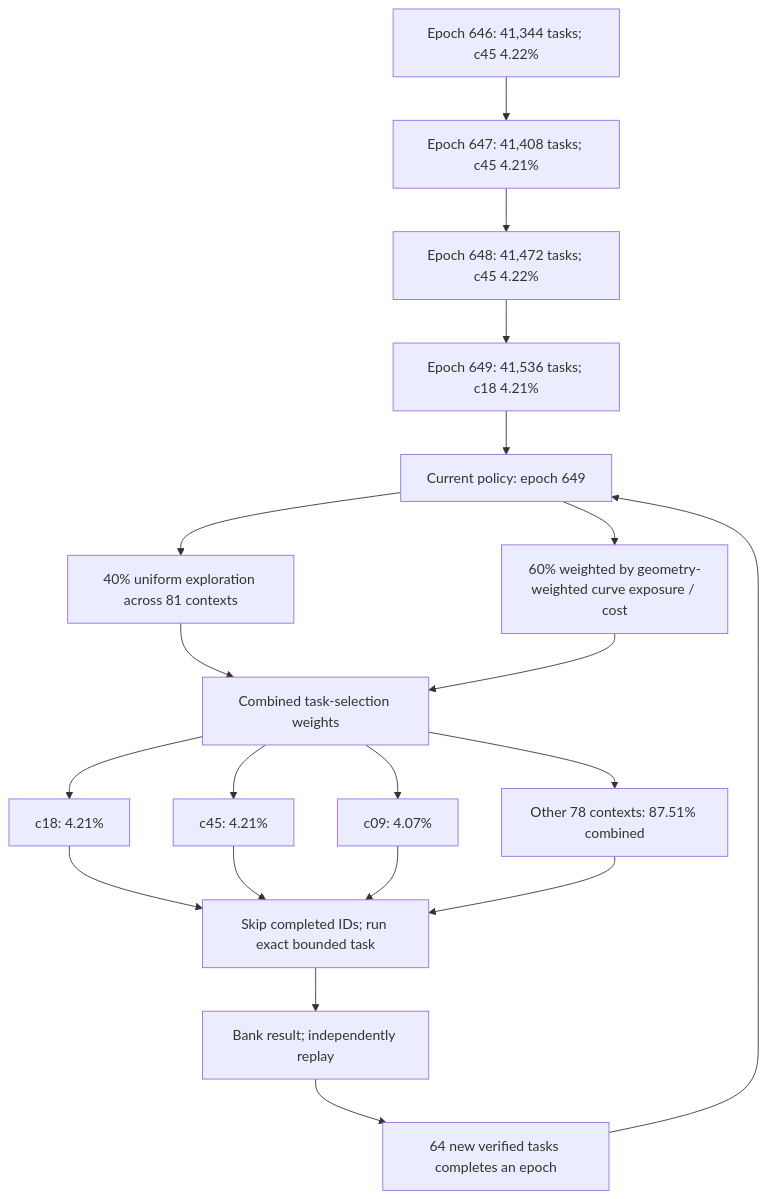
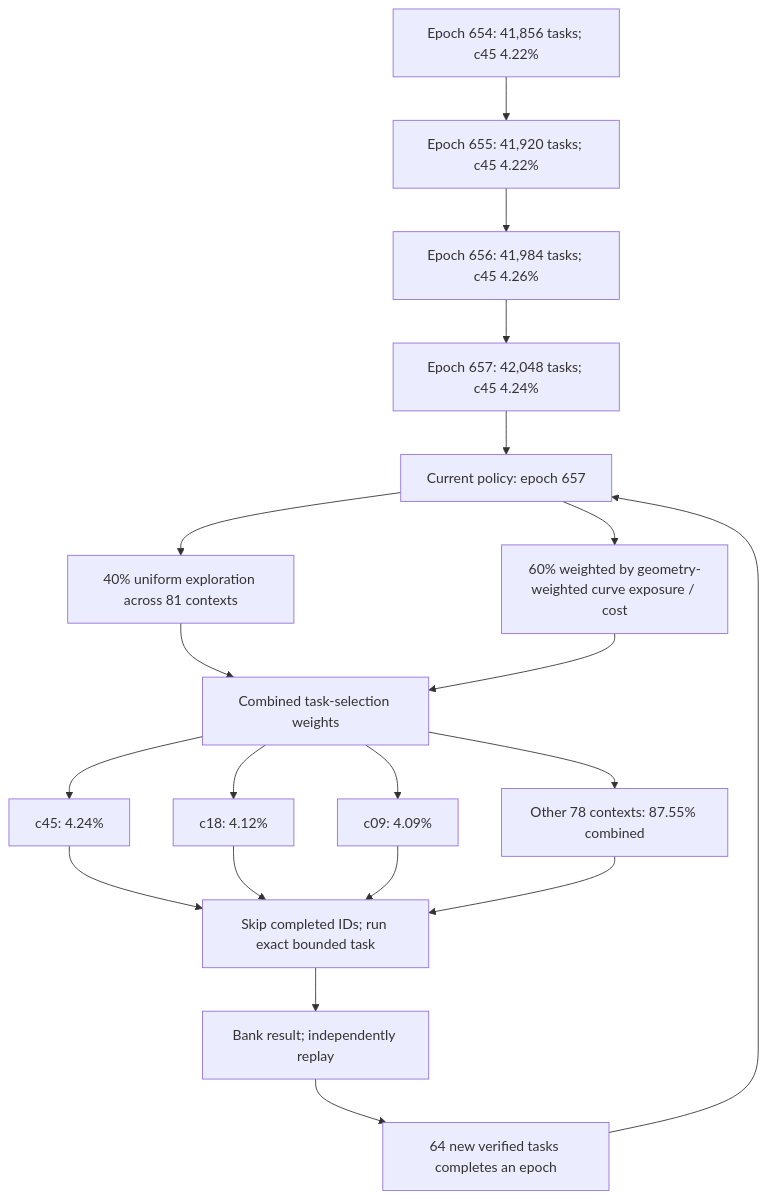
The first of 3 diagrams in README.md (Kuberwastaken/math-gambling), drawn with Mermaid before and after one commit. The commit also changed other lines of this file and 1143 other files, not shown here.

````diff
--- a/README.md
+++ b/README.md
@@ -55,27 +55,27 @@
 ```mermaid
 flowchart TD
-    H0["Epoch 646: 41,344 tasks; c45 4.22%"]
-    H1["Epoch 647: 41,408 tasks; c45 4.21%"]
+    H0["Epoch 654: 41,856 tasks; c45 4.22%"]
+    H1["Epoch 655: 41,920 tasks; c45 4.22%"]
     H0 --> H1
-    H2["Epoch 648: 41,472 tasks; c45 4.22%"]
+    H2["Epoch 656: 41,984 tasks; c45 4.26%"]
     H1 --> H2
-    H3["Epoch 649: 41,536 tasks; c18 4.21%"]
+    H3["Epoch 657: 42,048 tasks; c45 4.24%"]
     H2 --> H3
-    Policy["Current policy: epoch 649"]
+    Policy["Current policy: epoch 657"]
     H3 --> Policy
     Policy --> Explore["40% uniform exploration across 81 contexts"]
     Policy --> Cost["60% weighted by geometry-weighted curve exposure / cost"]
     Explore --> Mix["Combined task-selection weights"]
     Cost --> Mix
-    Mix --> C0["c18: 4.21%"]
-    Mix --> C1["c45: 4.21%"]
-    Mix --> C2["c09: 4.07%"]
-    Mix --> Rest["Other 78 contexts: 87.51% combined"]
+    Mix --> C0["c45: 4.24%"]
+    Mix --> C1["c18: 4.12%"]
+    Mix --> C2["c09: 4.09%"]
+    Mix --> Rest["Other 78 contexts: 87.55% combined"]
     C0 --> Check["Skip completed IDs; run exact bounded task"]
     C1 --> Check
     C2 --> Check
     Rest --> Check
     Check --> Replay["Bank result; independently replay"]
     Replay --> Gate["64 new verified tasks completes an epoch"]
     Gate --> Policy
 ```
````
